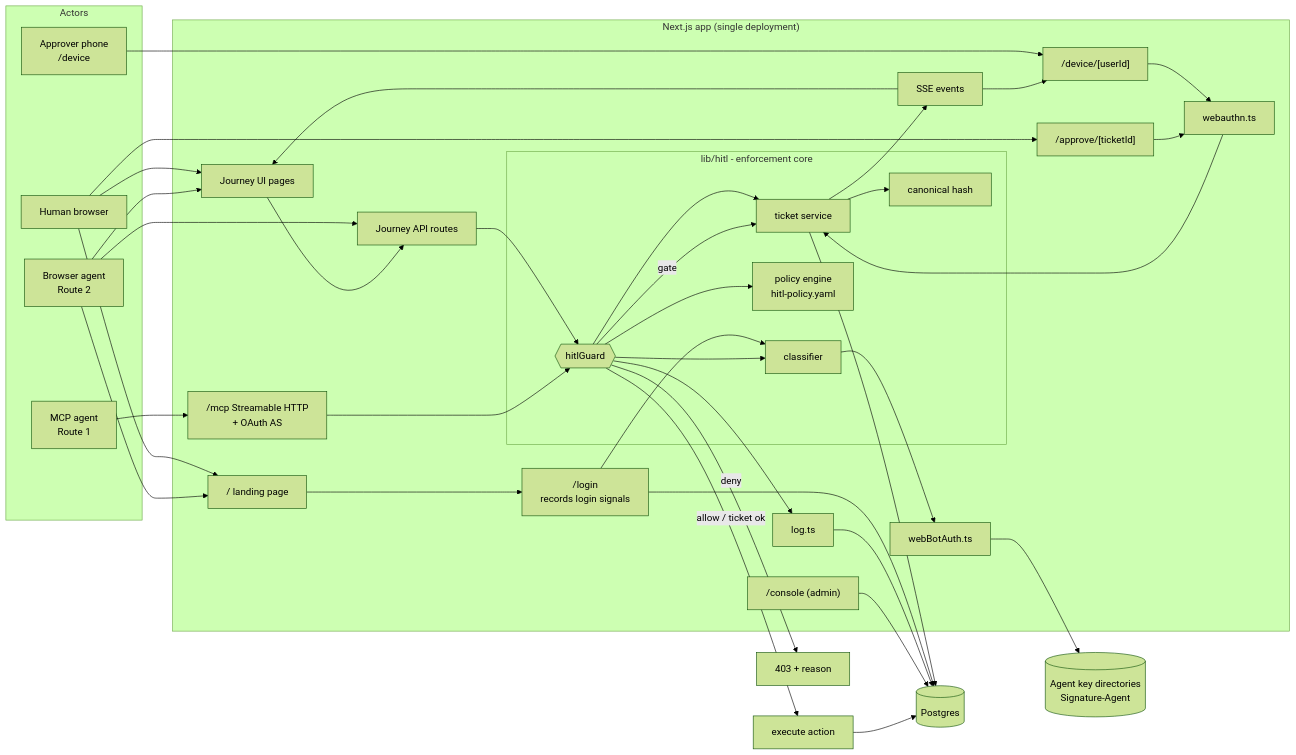
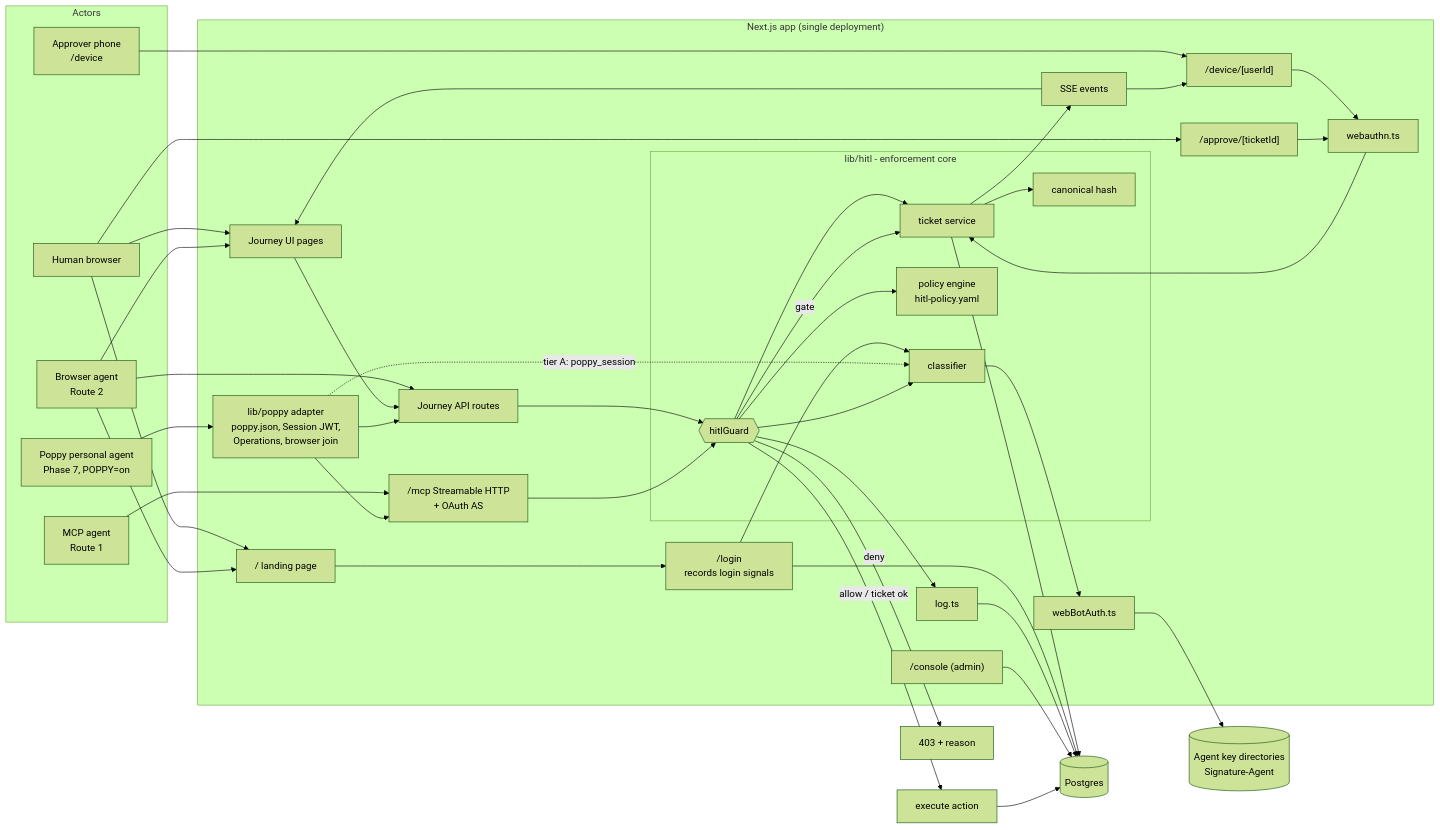
One commit to WilsonWordsofWisdom/systemsideHITL changed the first of 4 diagrams in docs/architecture.md. Above: the diagram before and after it, drawn with Mermaid (forest theme). The commit also changed other lines of this file and 6 other files, not shown here.

First line of the commit message:
Plan Phase 7: Poppy (Personal Agent Protocol 1.0) alignment

````diff
--- a/docs/architecture.md
+++ b/docs/architecture.md
@@ -13,61 +13,67 @@
 ```mermaid
 flowchart LR
   subgraph Actors
     H[Human browser]
     BA[Browser agent<br/>Route 2]
     MA[MCP agent<br/>Route 1]
+    PA[Poppy personal agent<br/>Phase 7, POPPY=on]
     PH[Approver phone<br/>/device]
   end
 
   subgraph App["Next.js app (single deployment)"]
     LP["/ landing page"]
     LOGIN["/login<br/>records login signals"]
     UI[Journey UI pages]
     API[Journey API routes]
     MCP["/mcp Streamable HTTP<br/>+ OAuth AS"]
     APR["/approve/[ticketId]"]
     DEV["/device/[userId]"]
     SSE[SSE events]
     CON["/console (admin)"]
+    POP["lib/poppy adapter<br/>poppy.json, Session JWT,<br/>Operations, browser join"]
 
     subgraph Core["lib/hitl - enforcement core"]
       CL[classifier]
       PO[policy engine<br/>hitl-policy.yaml]
       G{{hitlGuard}}
       TK[ticket service]
       HS[canonical hash]
     end
     WA[webauthn.ts]
     WBA[webBotAuth.ts]
     LOG[log.ts]
   end
 
   DB[(Postgres)]
   KD[(Agent key directories<br/>Signature-Agent)]
 
   H --> LP
   BA --> LP
   LP --> LOGIN
   LOGIN --> CL
   LOGIN --> DB
   H --> UI
   BA --> UI
   BA --> API
   UI --> API
   MA --> MCP
+  PA --> POP
+  POP --> API
+  POP --> MCP
+  POP -.->|tier A: poppy_session| CL
   API --> G
   MCP --> G
   G --> CL --> WBA --> KD
   G --> PO
   G --> TK --> HS
   TK --> DB
   G --> LOG --> DB
   G -->|allow / ticket ok| EX[execute action] --> DB
   G -->|gate| TK
   G -->|deny| X[403 + reason]
   PH --> DEV --> WA
   H --> APR --> WA --> TK
   TK --> SSE --> UI
   SSE --> DEV
   CON --> DB
 ```
````
